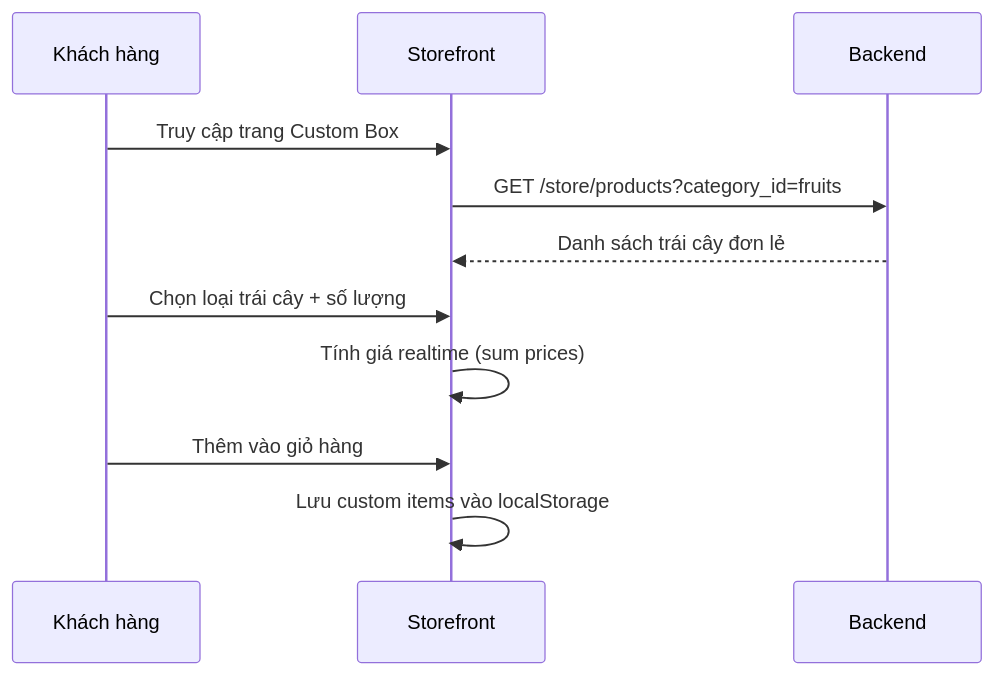
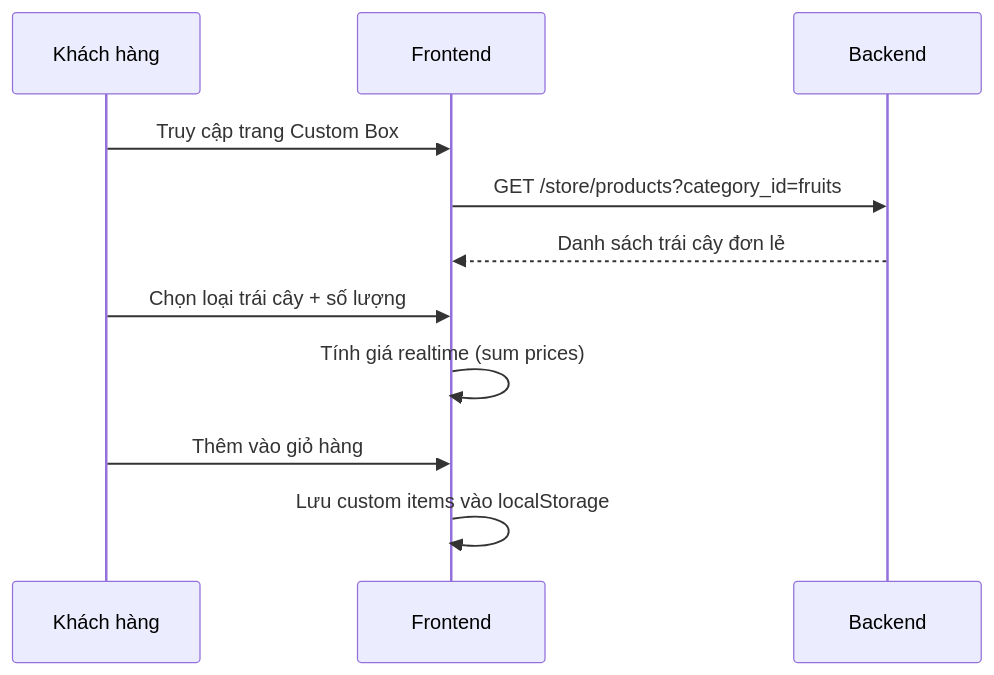
Before and after one commit to pathust/mong.fruitboxz: the first of 2 diagrams in docs/02-products/README.md, drawn with Mermaid. The commit also changed other lines of this file and 234 other files, not shown here.

Commit message:
chore: remove review feature and rename storefront to frontend

````diff
--- a/docs/02-products/README.md
+++ b/docs/02-products/README.md
@@ -162,14 +162,14 @@
 ```mermaid
 sequenceDiagram
     participant U as Khách hàng
-    participant SF as Storefront
+    participant SF as Frontend
     participant API as Backend
 
     U->>SF: Truy cập trang Custom Box
     SF->>API: GET /store/products?category_id=fruits
     API-->>SF: Danh sách trái cây đơn lẻ
     U->>SF: Chọn loại trái cây + số lượng
     SF->>SF: Tính giá realtime (sum prices)
     U->>SF: Thêm vào giỏ hàng
     SF->>SF: Lưu custom items vào localStorage
 ```
````
